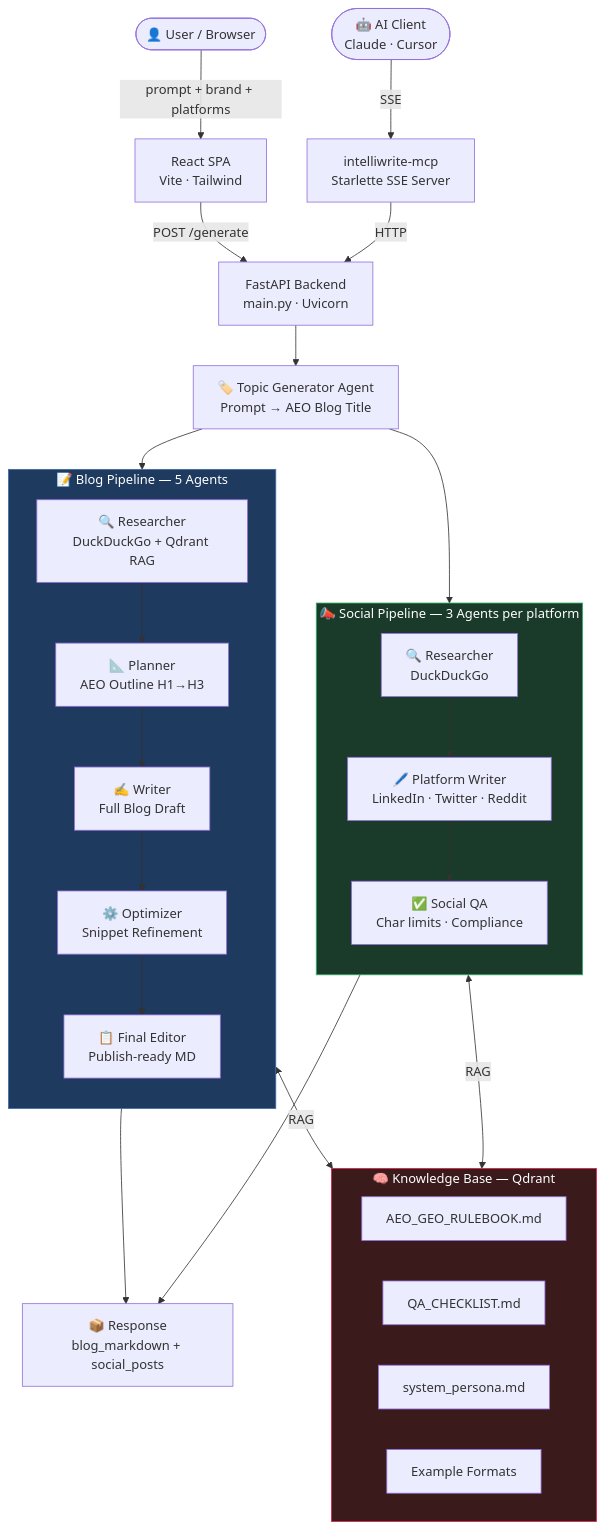
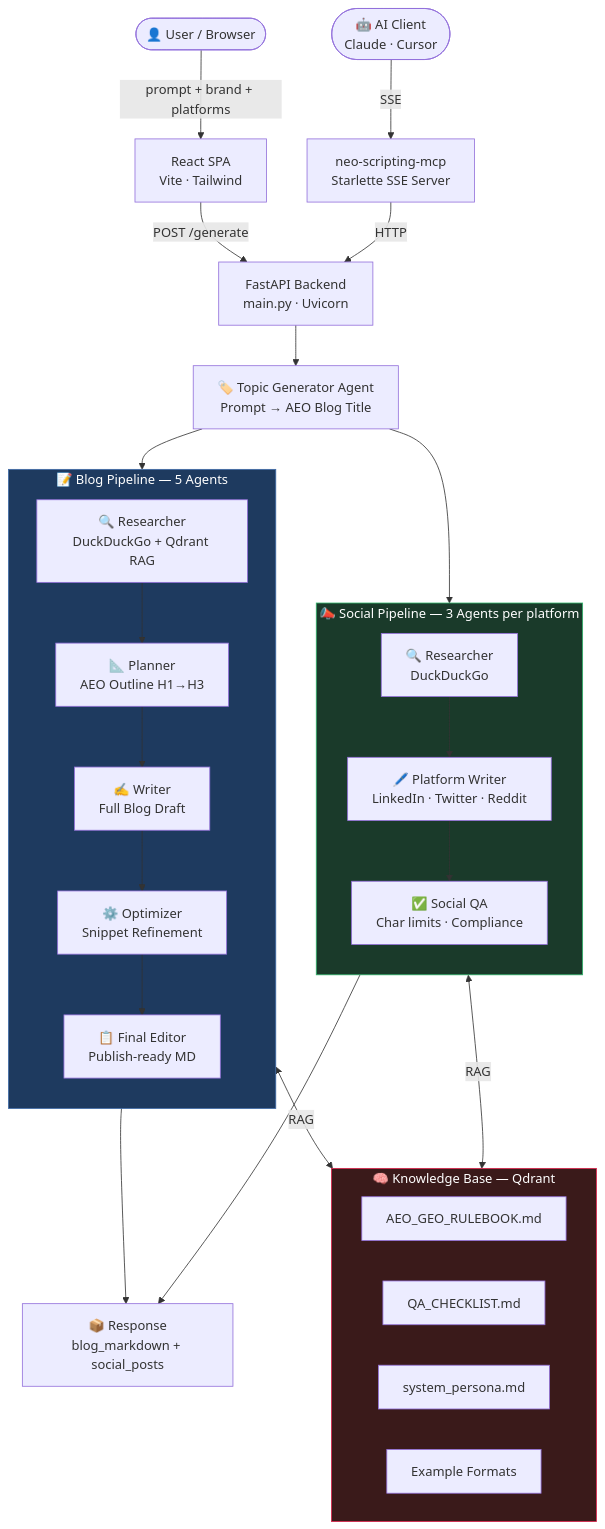
The diagram in README.md (Dazuka-n/Neo-Scripting), drawn with Mermaid before and after one commit. The commit also changed other lines of this file and 29 other files, not shown here.

````diff
--- a/README.md
+++ b/README.md
@@ -58,48 +58,48 @@
 ```mermaid
 flowchart TD
     U([👤 User / Browser]) -->|prompt + brand + platforms| FE[React SPA\nVite · Tailwind]
     FE -->|POST /generate| API[FastAPI Backend\nmain.py · Uvicorn]
 
     API --> TG[🏷️ Topic Generator Agent\nPrompt → AEO Blog Title]
     TG --> BP
 
     subgraph BP [📝 Blog Pipeline — 5 Agents]
         direction TB
         R1[🔍 Researcher\nDuckDuckGo + Qdrant RAG]
         R1 --> PL[📐 Planner\nAEO Outline H1→H3]
         PL --> WR[✍️ Writer\nFull Blog Draft]
         WR --> OP[⚙️ Optimizer\nSnippet Refinement]
         OP --> FE2[📋 Final Editor\nPublish-ready MD]
     end
 
     TG --> SP
 
     subgraph SP [📣 Social Pipeline — 3 Agents per platform]
         direction TB
         R2[🔍 Researcher\nDuckDuckGo]
         R2 --> PW[🖊️ Platform Writer\nLinkedIn · Twitter · Reddit]
         PW --> QA[✅ Social QA\nChar limits · Compliance]
     end
 
     BP --> OUT
     SP --> OUT
     OUT[📦 Response\nblog_markdown + social_posts]
 
-    API2([🤖 AI Client\nClaude · Cursor]) -->|SSE| MCP[intelliwrite-mcp\nStarlette SSE Server]
+    API2([🤖 AI Client\nClaude · Cursor]) -->|SSE| MCP[neo-scripting-mcp\nStarlette SSE Server]
     MCP -->|HTTP| API
 
     subgraph KB [🧠 Knowledge Base — Qdrant]
         direction LR
         D1[AEO_GEO_RULEBOOK.md]
         D2[QA_CHECKLIST.md]
         D3[system_persona.md]
         D4[Example Formats]
     end
 
     BP <-->|RAG| KB
     SP <-->|RAG| KB
 
     style BP fill:#1e3a5f,stroke:#3E6AA7,color:#ffffff
     style SP fill:#1a3a2a,stroke:#2FB36A,color:#ffffff
     style KB fill:#3a1a1a,stroke:#DC244C,color:#ffffff
 ```
````
